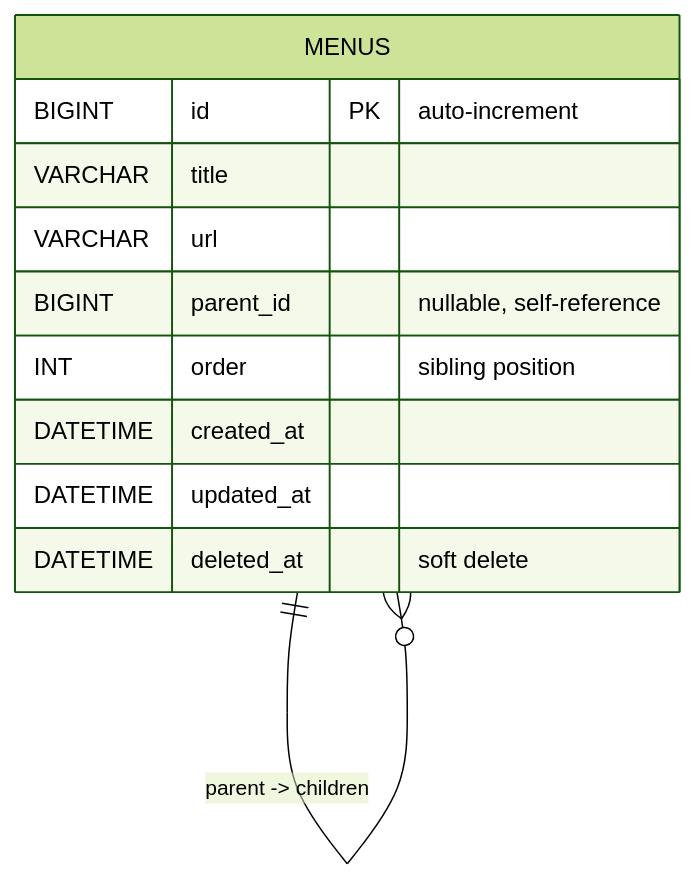
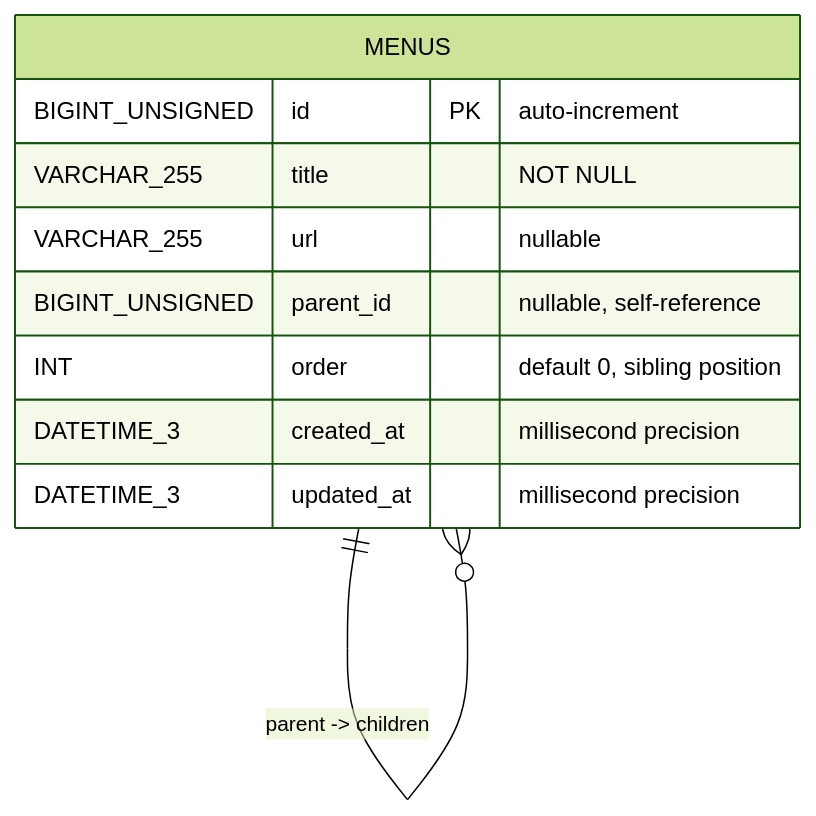
One commit to galpt/sotekre changed the diagram in backend/database/README.md. Above: the diagram before and after it, drawn with Mermaid (forest theme). The commit also changed other lines of this file and 6 other files, not shown here.

````diff
--- a/backend/database/README.md
+++ b/backend/database/README.md
@@ -54,15 +58,14 @@
 ```mermaid
 erDiagram
   MENUS {
-    BIGINT id PK "auto-increment"
-    VARCHAR title
-    VARCHAR url
-    BIGINT parent_id "nullable, self-reference"
-    INT order "sibling position"
-    DATETIME created_at
-    DATETIME updated_at
-    DATETIME deleted_at "soft delete"
+    BIGINT_UNSIGNED id PK "auto-increment"
+    VARCHAR_255 title "NOT NULL"
+    VARCHAR_255 url "nullable"
+    BIGINT_UNSIGNED parent_id "nullable, self-reference"
+    INT order "default 0, sibling position"
+    DATETIME_3 created_at "millisecond precision"
+    DATETIME_3 updated_at "millisecond precision"
   }
 
   MENUS ||--o{ MENUS : "parent -> children"
 ```
````
